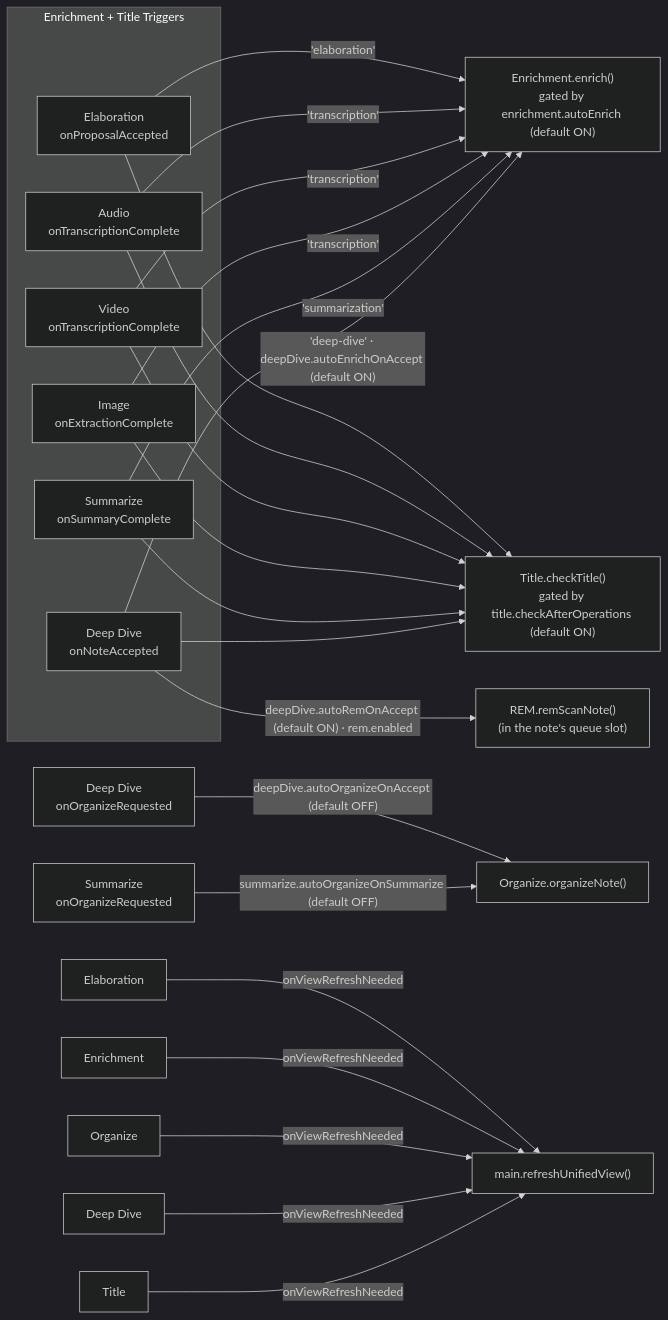
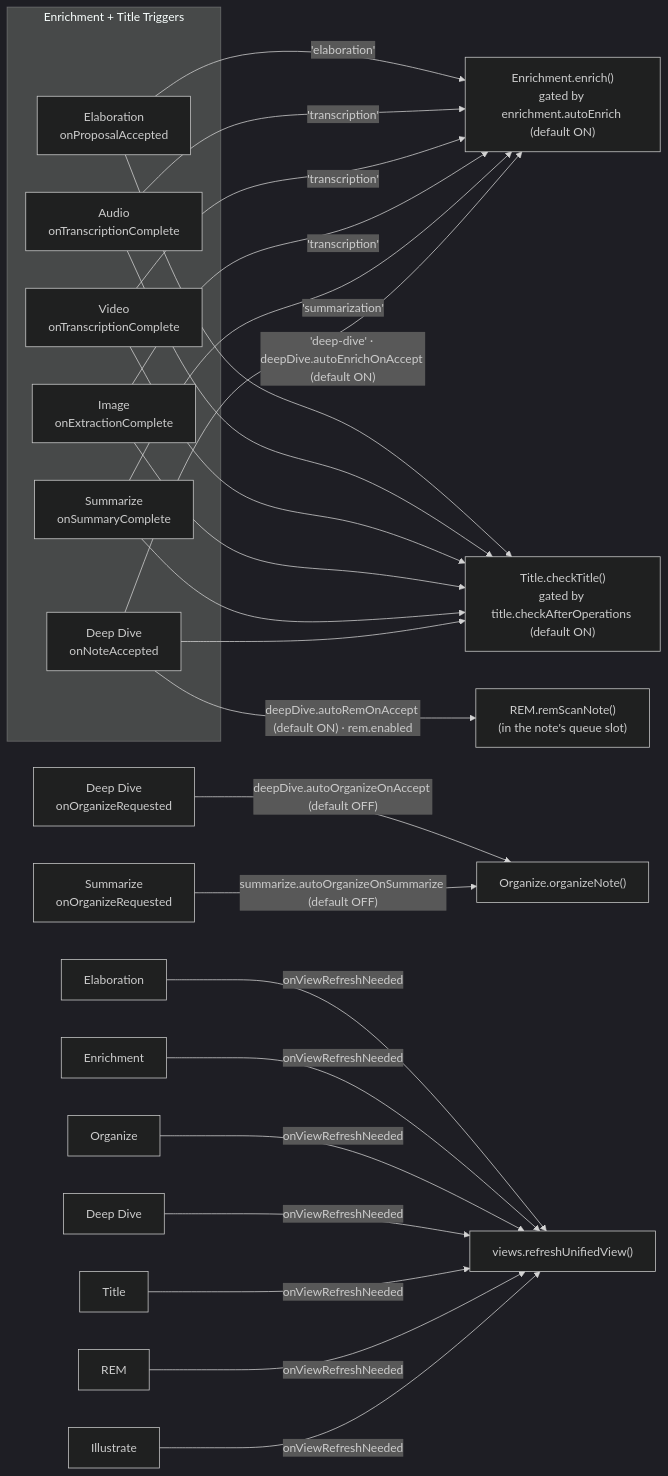
One commit to dustinkeeton/obsidian-synapse changed the ninth of 13 diagrams in ARCHITECTURE.md. Above: the diagram before and after it, drawn with Mermaid (dark theme). The commit also changed other lines of this file and 25 other files, not shown here.

````diff
--- a/ARCHITECTURE.md
+++ b/ARCHITECTURE.md
@@ -848,35 +872,35 @@
 ```mermaid
 graph LR
     subgraph Triggers["Enrichment + Title Triggers"]
         Elab["Elaboration<br/>onProposalAccepted"]
         Audio["Audio<br/>onTranscriptionComplete"]
         Video["Video<br/>onTranscriptionComplete"]
         Img["Image<br/>onExtractionComplete"]
         Summ["Summarize<br/>onSummaryComplete"]
         DDa["Deep Dive<br/>onNoteAccepted"]
     end
 
     Enrich["Enrichment.enrich()<br/>gated by enrichment.autoEnrich (default ON)"]
     TitleChk["Title.checkTitle()<br/>gated by title.checkAfterOperations (default ON)"]
     RemScan["REM.remScanNote()<br/>(in the note's queue slot)"]
 
     Elab -->|"'elaboration'"| Enrich
     Audio -->|"'transcription'"| Enrich
     Video -->|"'transcription'"| Enrich
     Img -->|"'transcription'"| Enrich
     Summ -->|"'summarization'"| Enrich
     DDa -->|"'deep-dive' · deepDive.autoEnrichOnAccept (default ON)"| Enrich
 
     Elab --> TitleChk
     Audio --> TitleChk
     Video --> TitleChk
     Img --> TitleChk
     Summ --> TitleChk
     DDa --> TitleChk
     DDa -->|"deepDive.autoRemOnAccept (default ON) · rem.enabled"| RemScan
 
     DD2["Deep Dive<br/>onOrganizeRequested"] -->|"deepDive.autoOrganizeOnAccept (default OFF)"| Org["Organize.organizeNote()"]
     Summ2["Summarize<br/>onOrganizeRequested"] -->|"summarize.autoOrganizeOnSummarize (default OFF)"| Org
 
-    ElabR["Elaboration"] & EnrichR["Enrichment"] & OrgR["Organize"] & DDR["Deep Dive"] & TitleR["Title"] -->|onViewRefreshNeeded| Refresh["main.refreshUnifiedView()"]
+    ElabR["Elaboration"] & EnrichR["Enrichment"] & OrgR["Organize"] & DDR["Deep Dive"] & TitleR["Title"] & RemR["REM"] & IllR["Illustrate"] -->|onViewRefreshNeeded| Refresh["views.refreshUnifiedView()"]
 ```
````
